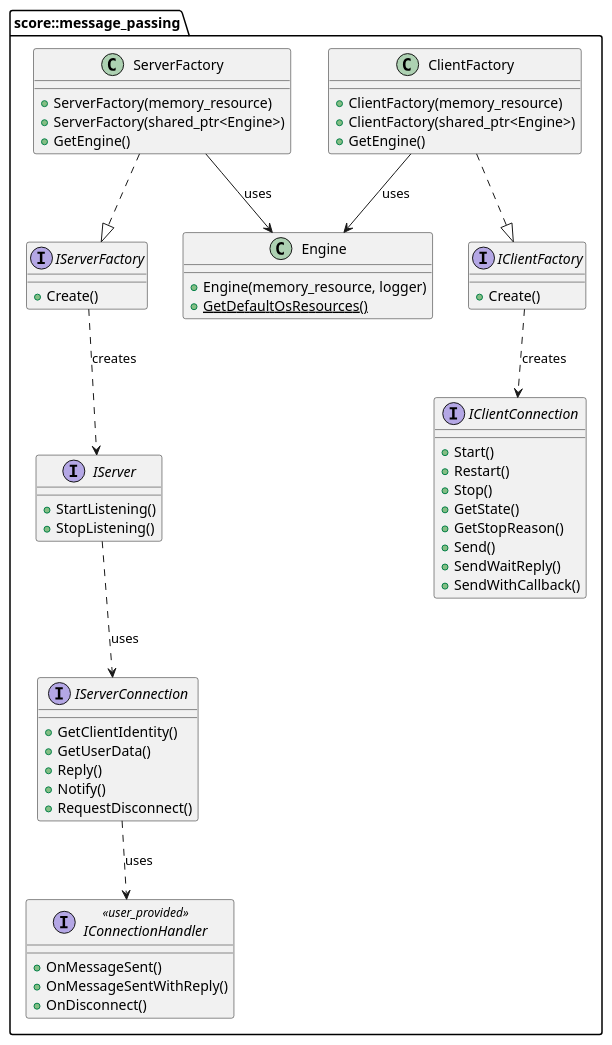
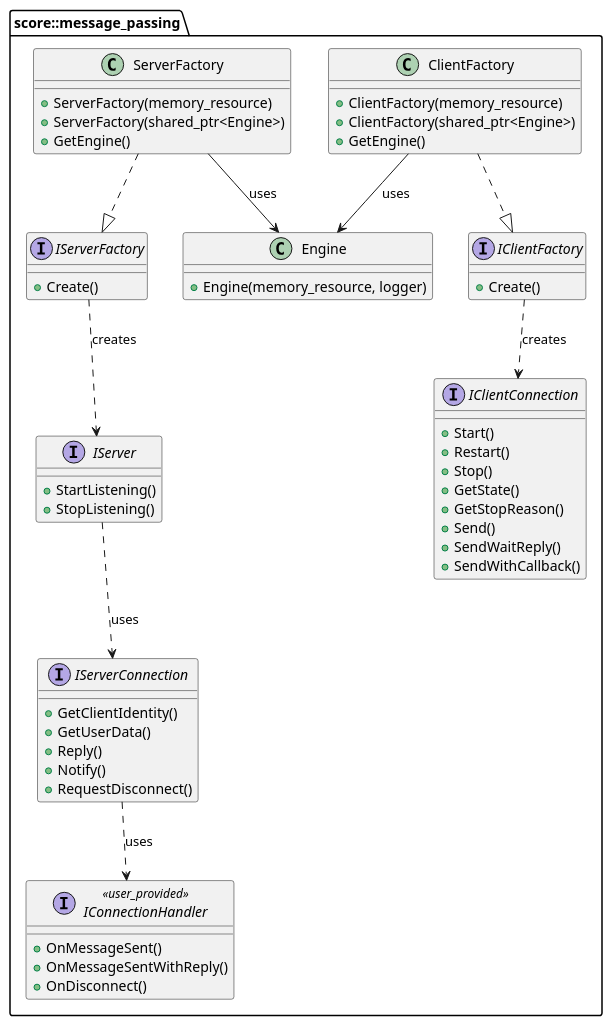
The diagram in score/message_passing/dependability/software_architectural_design/public_api.puml (eclipse-score/communication), drawn with PlantUML before and after one commit. The commit also changed 10 other files, not shown here.

```diff
--- a/score/message_passing/dependability/software_architectural_design/public_api.puml
+++ b/score/message_passing/dependability/software_architectural_design/public_api.puml
@@ -14,71 +14,70 @@
 @startuml
 
 namespace score::message_passing {
 
     class Engine {
         +Engine(memory_resource, logger)
-        +{static} GetDefaultOsResources()
     }
 
     interface IClientFactory {
         +Create()
     }
 
     class ClientFactory {
         +ClientFactory(memory_resource)
         +ClientFactory(shared_ptr<Engine>)
         +GetEngine()
     }
 
     interface IClientConnection {
         +Start()
         +Restart()
         +Stop()
         +GetState()
         +GetStopReason()
         +Send()
         +SendWaitReply()
         +SendWithCallback()
     }
 
     interface IServerFactory {
         +Create()
     }
 
     class ServerFactory {
         +ServerFactory(memory_resource)
         +ServerFactory(shared_ptr<Engine>)
         +GetEngine()
     }
 
     interface IServer {
         +StartListening()
         +StopListening()
     }
 
     interface IServerConnection {
         +GetClientIdentity()
         +GetUserData()
         +Reply()
         +Notify()
         +RequestDisconnect()
     }
 
     interface IConnectionHandler <<user_provided>> {
         +OnMessageSent()
         +OnMessageSentWithReply()
         +OnDisconnect()
     }
 
     IClientFactory ..> IClientConnection : creates
     IServerFactory ..> IServer : creates
     IServer ..> IServerConnection : uses
     IServerConnection ..> IConnectionHandler : uses
     ClientFactory ..|> IClientFactory
     ServerFactory ..|> IServerFactory
     ClientFactory --> Engine : uses
     ServerFactory --> Engine : uses
 
 }
 
 @enduml
```
